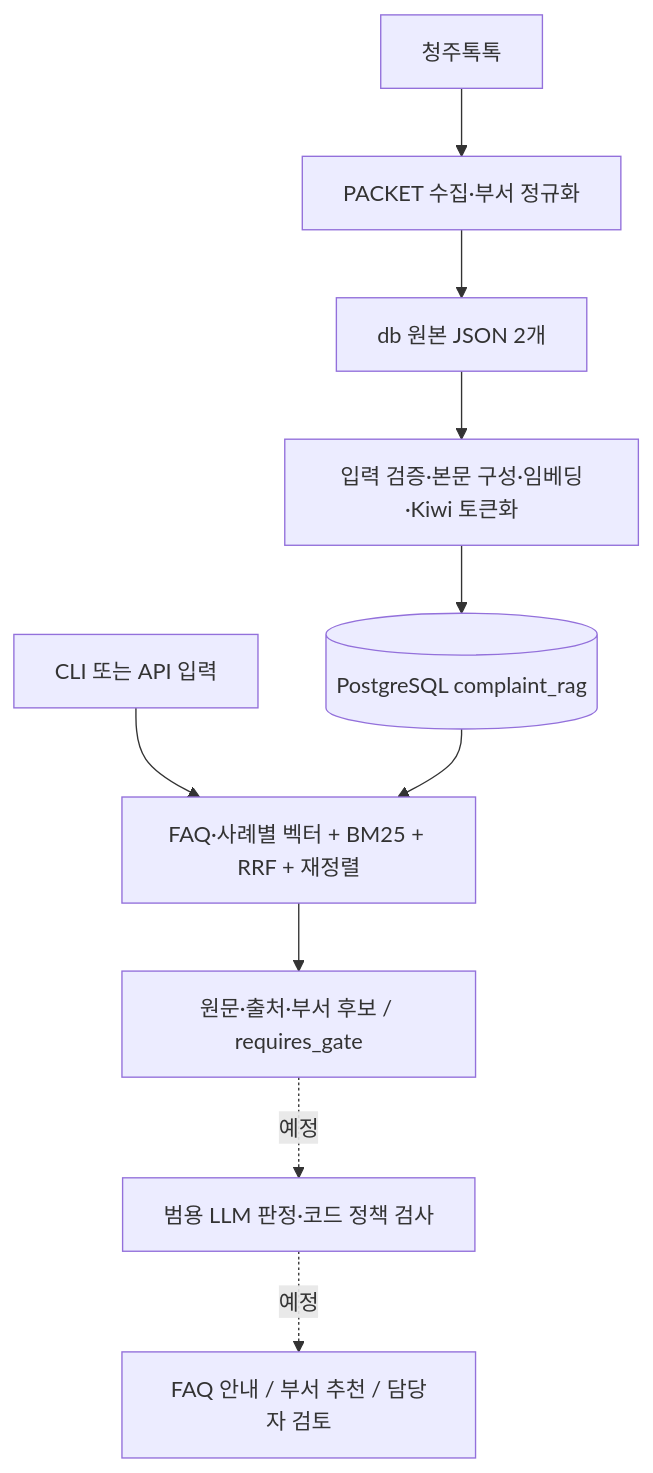
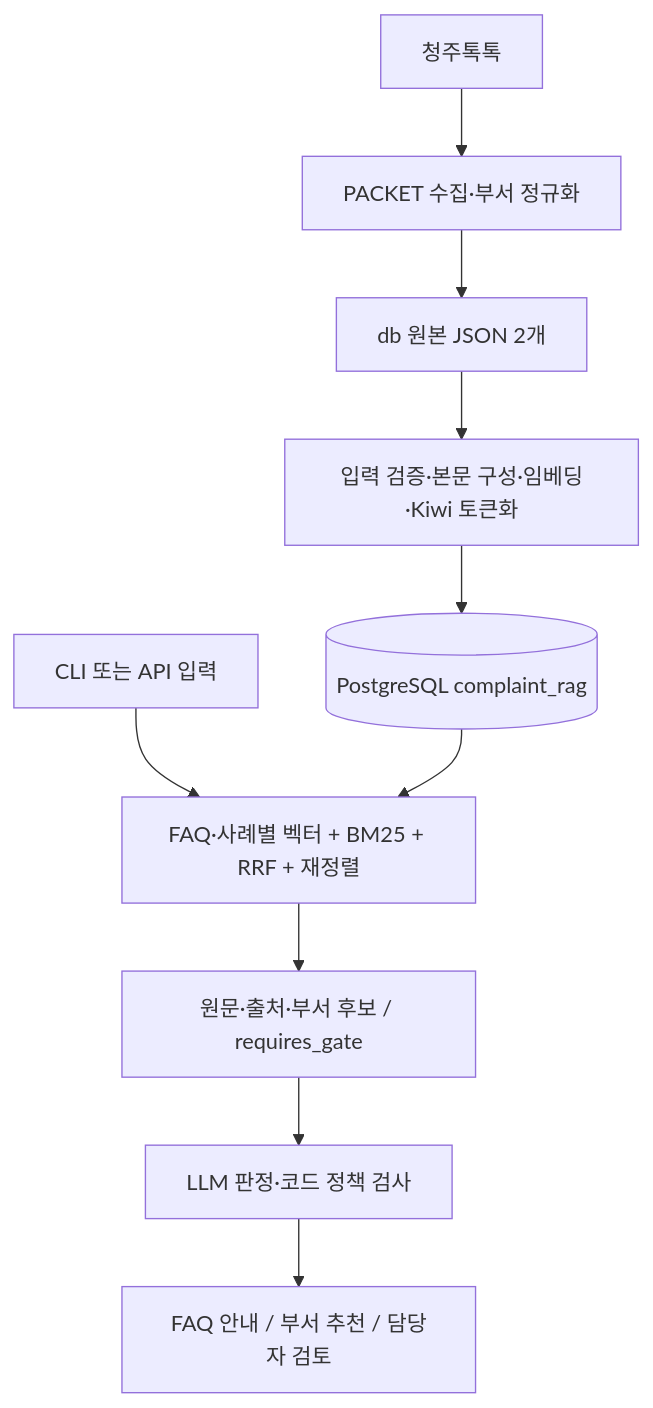
One commit to hy040504/ai-complaint-process changed the diagram in docs/harness/architecture.md. Above: the diagram before and after it, drawn with Mermaid. The commit also changed other lines of this file and 90 other files, not shown here.

````diff
--- a/docs/harness/architecture.md
+++ b/docs/harness/architecture.md
@@ -9,12 +9,12 @@
 ```mermaid
 flowchart TD
     S[청주톡톡] --> C[PACKET 수집·부서 정규화]
     C --> J[db 원본 JSON 2개]
     J --> I[입력 검증·본문 구성·임베딩·Kiwi 토큰화]
     I --> P[(PostgreSQL complaint_rag)]
     Q[CLI 또는 API 입력] --> R[FAQ·사례별 벡터 + BM25 + RRF + 재정렬]
     P --> R
     R --> E[원문·출처·부서 후보 / requires_gate]
-    E -. 예정 .-> G[범용 LLM 판정·코드 정책 검사]
-    G -. 예정 .-> O[FAQ 안내 / 부서 추천 / 담당자 검토]
+    E --> G[LLM 판정·코드 정책 검사]
+    G --> O[FAQ 안내 / 부서 추천 / 담당자 검토]
 ```
````
